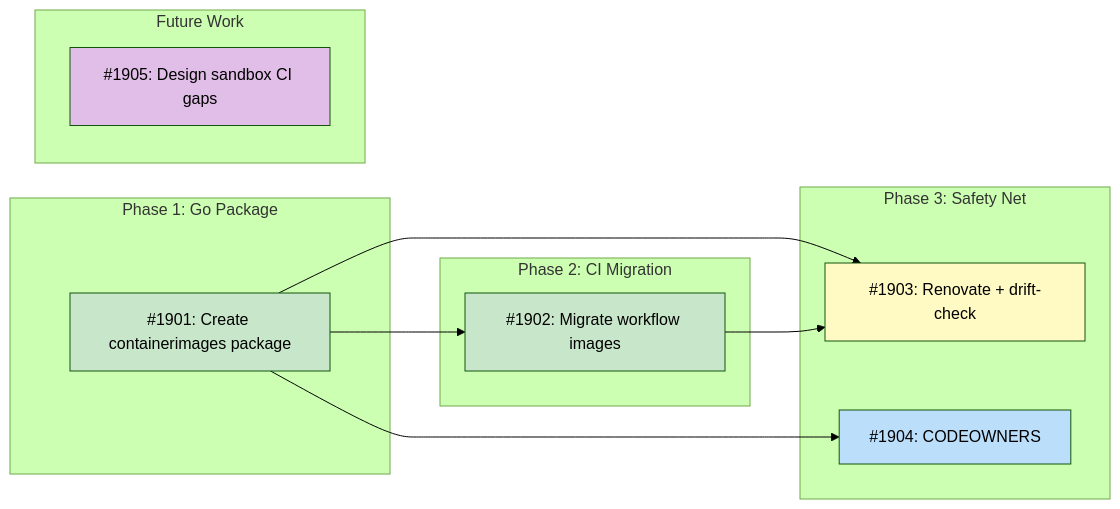
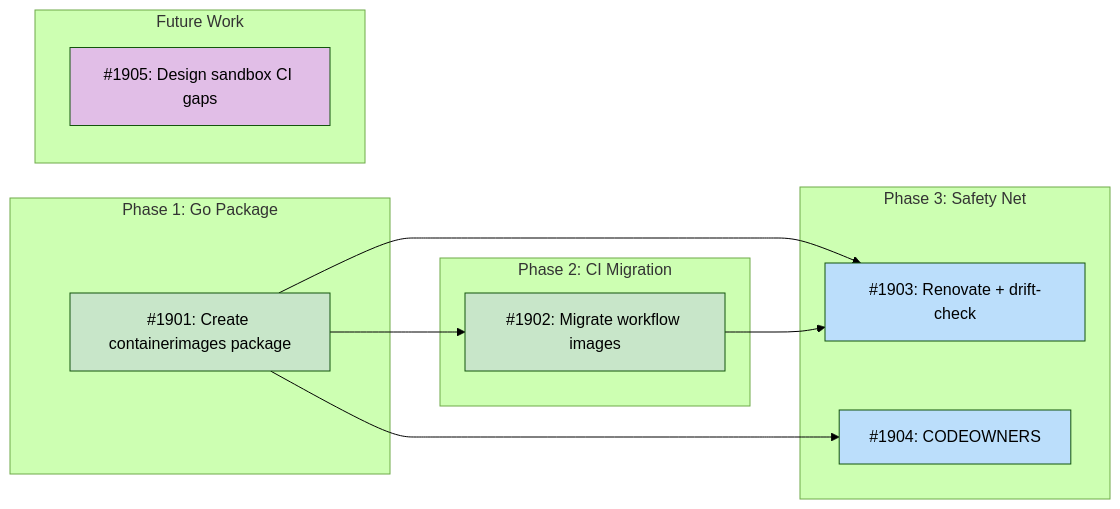
One commit to tsukumogami/tsuku changed the diagram in docs/designs/DESIGN-sandbox-image-unification.md. Above: the diagram before and after it, drawn with Mermaid (forest theme).

Commit message:
fix(design): mark I1903 as ready now that I1901 and I1902 are done

````diff
--- a/docs/designs/DESIGN-sandbox-image-unification.md
+++ b/docs/designs/DESIGN-sandbox-image-unification.md
@@ -53,36 +53,36 @@
 ```mermaid
 graph LR
     subgraph Phase1["Phase 1: Go Package"]
         I1901["#1901: Create containerimages package"]
     end
 
     subgraph Phase2["Phase 2: CI Migration"]
         I1902["#1902: Migrate workflow images"]
     end
 
     subgraph Phase3["Phase 3: Safety Net"]
         I1903["#1903: Renovate + drift-check"]
         I1904["#1904: CODEOWNERS"]
     end
 
     subgraph Future["Future Work"]
         I1905["#1905: Design sandbox CI gaps"]
     end
 
     I1901 --> I1902
     I1901 --> I1903
     I1901 --> I1904
     I1902 --> I1903
 
     classDef done fill:#c8e6c9
     classDef ready fill:#bbdefb
     classDef blocked fill:#fff9c4
     classDef needsDesign fill:#e1bee7
     classDef tracksDesign fill:#FFE0B2,stroke:#F57C00,color:#000
 
     class I1901 done
     class I1902 done
     class I1904 ready
-    class I1903 blocked
+    class I1903 ready
     class I1905 needsDesign
 ```
````
